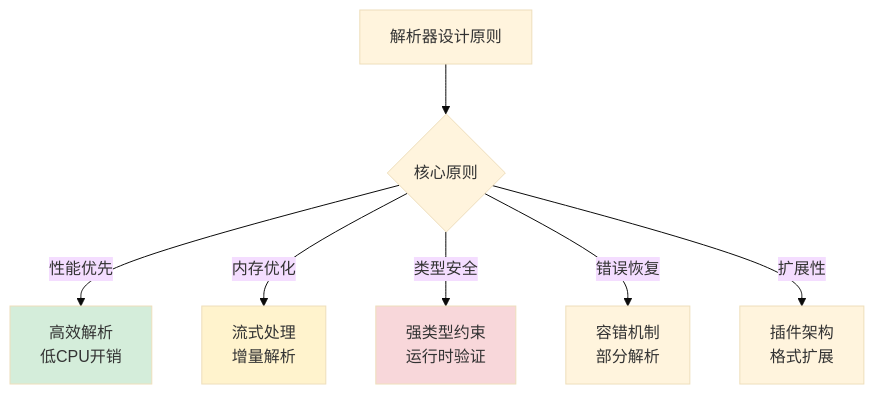
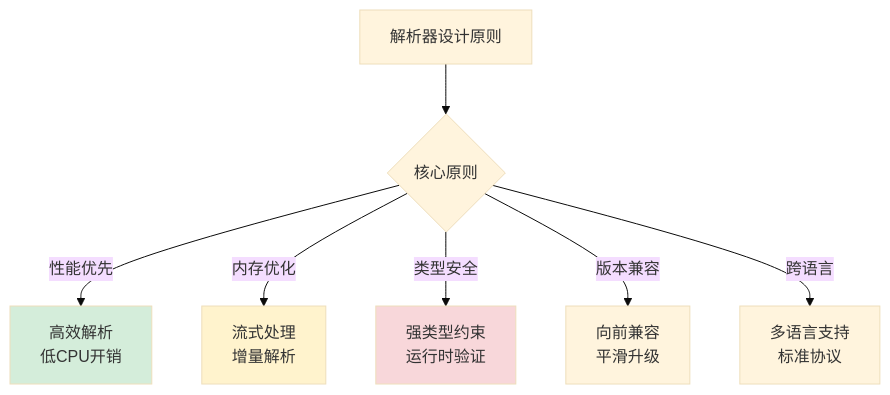
Before and after one commit to chongyang211/YCBookBlog: the fifth of 31 diagrams in 00.通用技术的提升/02.程序编程原理/06.数据解析设计思想.md, drawn with Mermaid (base theme). The commit also changed other lines of this file and 5 other files, not shown here.

````diff
--- a/00.通用技术的提升/02.程序编程原理/06.数据解析设计思想.md
+++ b/00.通用技术的提升/02.程序编程原理/06.数据解析设计思想.md
@@ -264,13 +362,13 @@
 ```mermaid
 graph TB
     A[解析器设计原则] --> B{核心原则}
     B -->|性能优先| C[高效解析<br/>低CPU开销]
     B -->|内存优化| D[流式处理<br/>增量解析]
     B -->|类型安全| E[强类型约束<br/>运行时验证]
-    B -->|错误恢复| F[容错机制<br/>部分解析]
-    B -->|扩展性| G[插件架构<br/>格式扩展]
+    B -->|版本兼容| F[向前兼容<br/>平滑升级]
+    B -->|跨语言| G[多语言支持<br/>标准协议]
     
     style C fill:#d4edda
     style D fill:#fff3cd
     style E fill:#f8d7da
 ```
````
